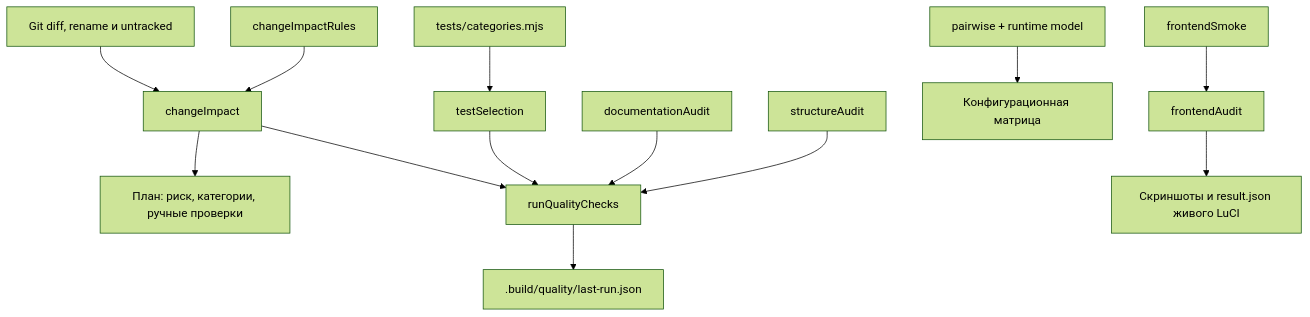
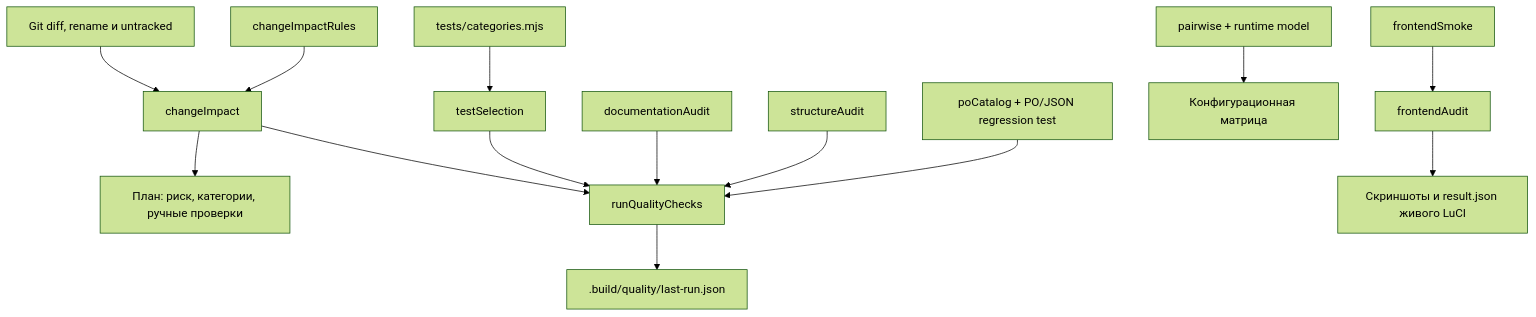
Before and after one commit to kva4991/luci-app-sheepfold-family-internet-control: the diagram in docs/quality-assistants/README.ru.md, drawn with Mermaid (forest theme). The commit also changed other lines of this file and 15 other files, not shown here.

````diff
--- a/docs/quality-assistants/README.ru.md
+++ b/docs/quality-assistants/README.ru.md
@@ -56,15 +56,16 @@
 ```mermaid
 flowchart TD
   G["Git diff, rename и untracked"] --> I["changeImpact"]
   R["changeImpactRules"] --> I
   I --> P["План: риск, категории, ручные проверки"]
   I --> Q["runQualityChecks"]
   C["tests/categories.mjs"] --> S["testSelection"]
   S --> Q
   D["documentationAudit"] --> Q
   F["structureAudit"] --> Q
+  T["poCatalog + PO/JSON regression test"] --> Q
   Q --> J[".build/quality/last-run.json"]
   M["pairwise + runtime model"] --> X["Конфигурационная матрица"]
   B["frontendSmoke"] --> A["frontendAudit"]
   A --> L["Скриншоты и result.json живого LuCI"]
 ```
````
